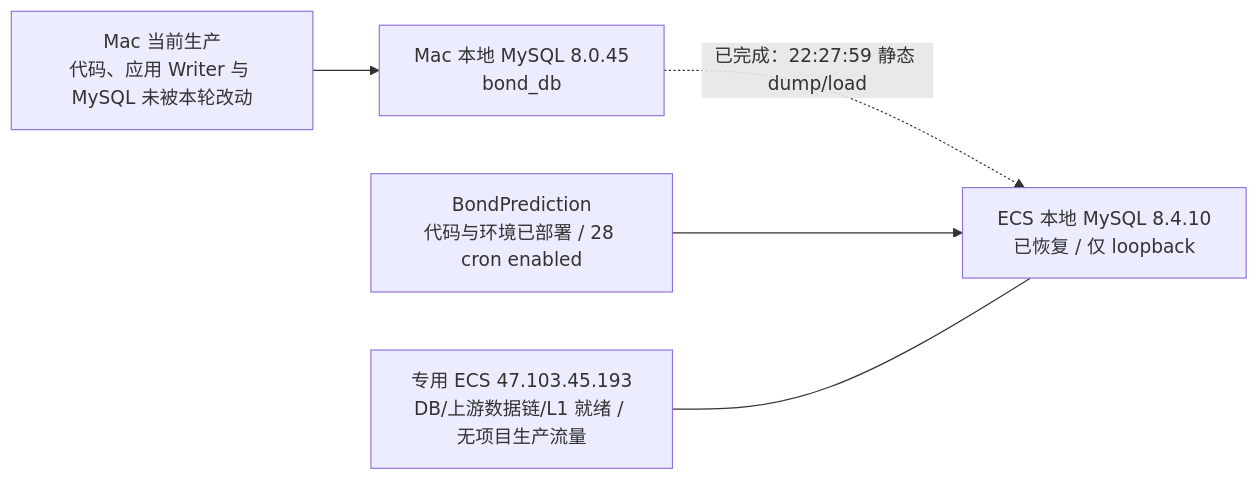
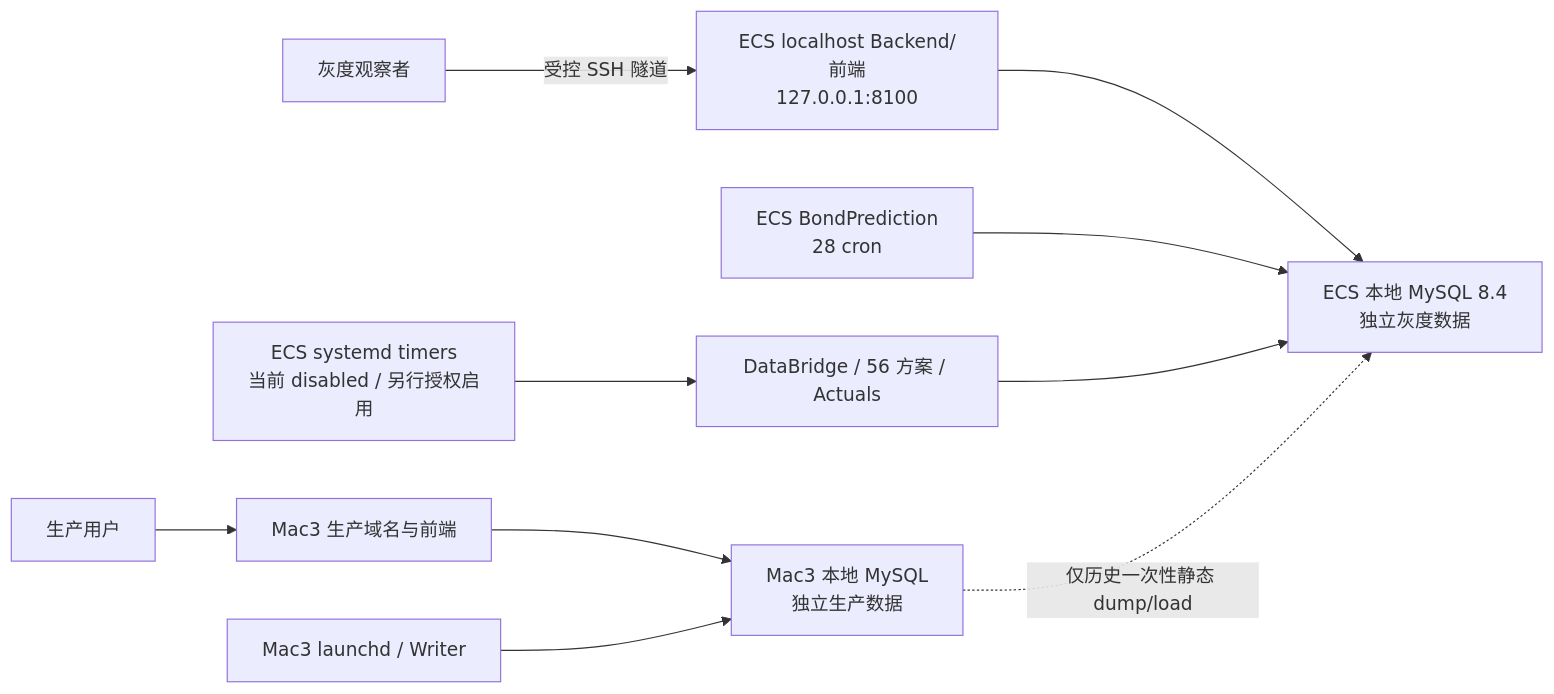
One commit to lucky1day/finlab-graylab changed the first of 3 diagrams in docs/operations/ALIYUN_MIGRATION_ASSESSMENT.md. Above: the diagram before and after it, drawn with Mermaid. The commit also changed other lines of this file and 2 other files, not shown here.

Commit message:
docs(ops): adopt isolated ECS gray lab phase

````diff
--- a/docs/operations/ALIYUN_MIGRATION_ASSESSMENT.md
+++ b/docs/operations/ALIYUN_MIGRATION_ASSESSMENT.md
@@ -206,12 +239,12 @@
 ```mermaid
 flowchart LR
-    C["专用 ECS 47.103.45.193\nDB/上游数据链/L1 就绪 / 无项目生产流量"]
-    M["Mac 当前生产\n代码、应用 Writer 与 MySQL 未被本轮改动"]
-    D["Mac 本地 MySQL 8.0.45\nbond_db"]
-    L["ECS 本地 MySQL 8.4.10\n已恢复 / 仅 loopback"]
-    B["BondPrediction\n代码与环境已部署 / 28 cron enabled"]
-    M --> D
-    D -.->|"已完成：22:27:59 静态 dump/load"| L
-    B --> L
-    C --- L
+    U["生产用户"] --> P["Mac3 生产域名与前端"]
+    P --> D["Mac3 本地 MySQL\n独立生产数据"]
+    ML["Mac3 launchd / Writer"] --> D
+    O["灰度观察者"] -->|"受控 SSH 隧道"| A["ECS localhost Backend/前端\n127.0.0.1:8100"]
+    A --> L["ECS 本地 MySQL 8.4\n独立灰度数据"]
+    B["ECS BondPrediction\n28 cron"] --> L
+    T["ECS systemd timers\n当前 disabled / 另行授权启用"] --> X["DataBridge / 56 方案 / Actuals"]
+    X --> L
+    D -.->|"仅历史一次性静态 dump/load"| L
 ```
````
